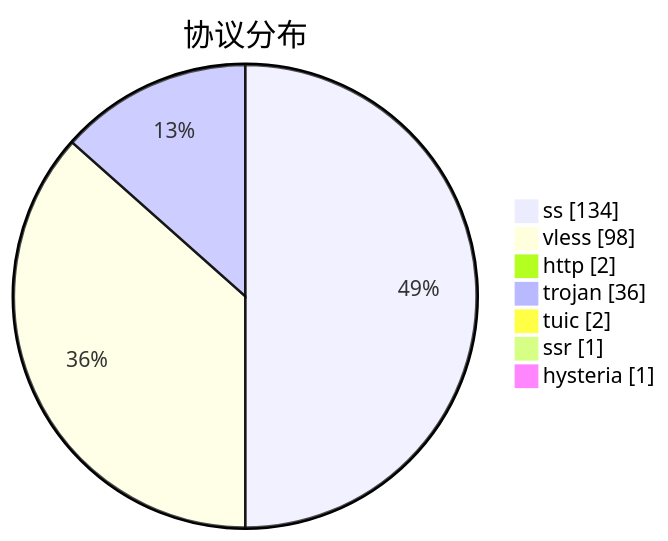
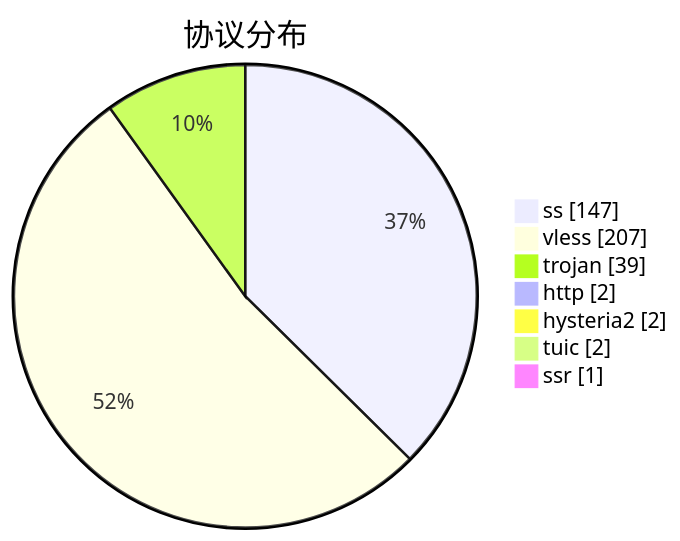
The third of 3 diagrams in subs/statistics/tested_within.md (qjlxg/airport), drawn with Mermaid before and after one commit. The commit also changed other lines of this file and 2 other files, not shown here.

````diff
--- a/subs/statistics/tested_within.md
+++ b/subs/statistics/tested_within.md
@@ -31,11 +33,11 @@
 ```mermaid
 pie showData
 title 协议分布
-"ss" : 134
-"vless" : 98
+"ss" : 147
+"vless" : 207
+"trojan" : 39
 "http" : 2
-"trojan" : 36
+"hysteria2" : 2
 "tuic" : 2
 "ssr" : 1
-"hysteria" : 1
 ```
````
